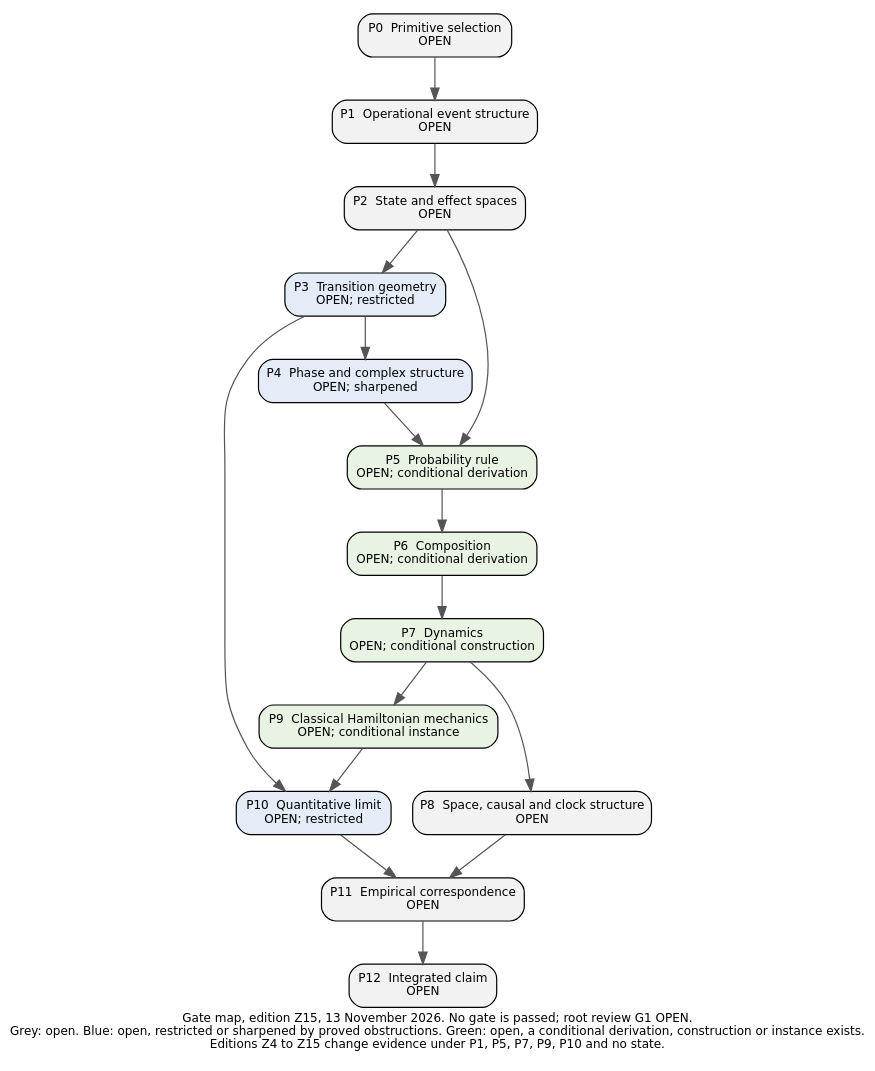
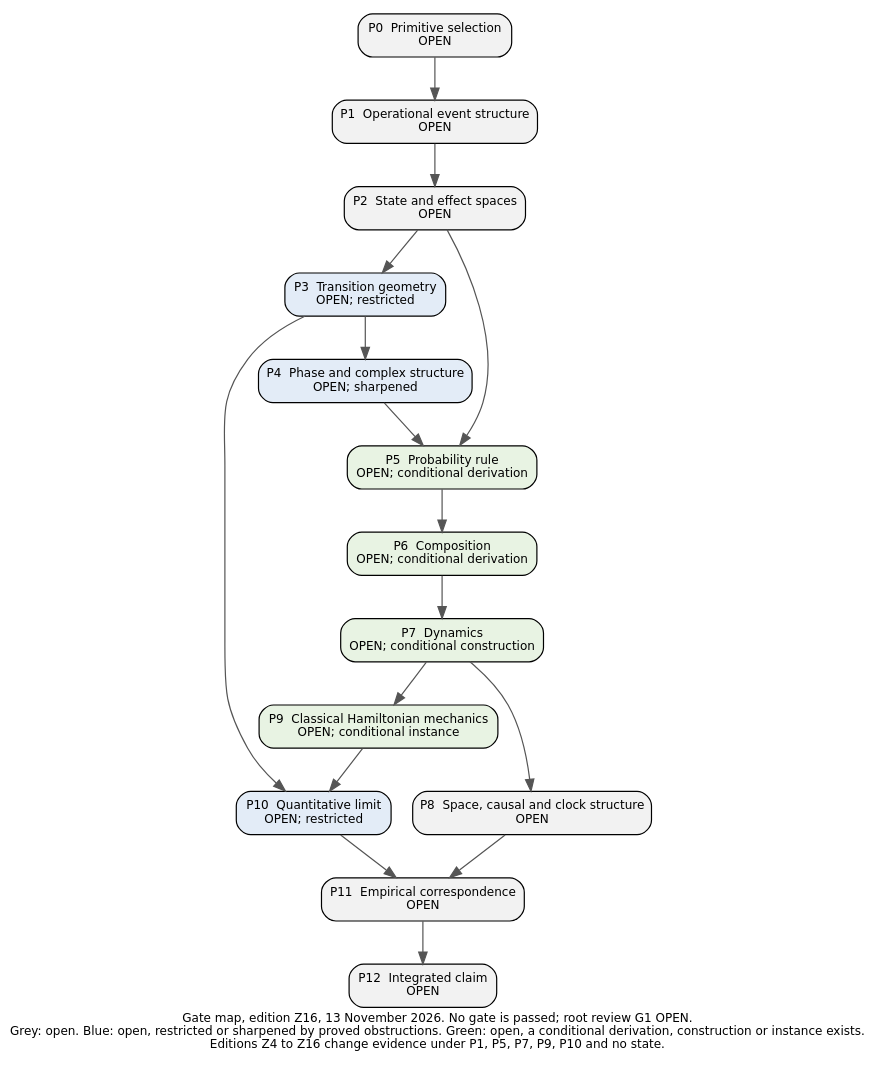
Before and after one commit to KirtusJ/From-Prephysical-Hypotheses-to-Physical-Models: the diagram in edition/PROGRAM/figures/Gate_Map_2026-11-13.dot, drawn with Graphviz. The commit also changed 57 other files, not shown here.

```diff
--- a/edition/PROGRAM/figures/Gate_Map_2026-11-13.dot
+++ b/edition/PROGRAM/figures/Gate_Map_2026-11-13.dot
@@ -1,30 +1,30 @@
-digraph G { rankdir=TB; node [shape=box, style="filled,rounded", fontname="DejaVu Sans", fontsize=10, margin="0.12,0.07"]; edge [color="#555555"]; label="Gate map, edition Z15, 13 November 2026. No gate is passed; root review G1 OPEN.\nGrey: open. Blue: open, restricted or sharpened by proved obstructions. Green: open, a conditional derivation, construction or instance exists.\nEditions Z4 to Z15 change evidence under P1, P5, P7, P9, P10 and no state."; fontname="DejaVu Sans"; fontsize=10; labelloc=b;
+digraph G { rankdir=TB; node [shape=box, style="filled,rounded", fontname="DejaVu Sans", fontsize=10, margin="0.12,0.07"]; edge [color="#555555"]; label="Gate map, edition Z16, 13 November 2026. No gate is passed; root review G1 OPEN.\nGrey: open. Blue: open, restricted or sharpened by proved obstructions. Green: open, a conditional derivation, construction or instance exists.\nEditions Z4 to Z16 change evidence under P1, P5, P7, P9, P10 and no state."; fontname="DejaVu Sans"; fontsize=10; labelloc=b;
 P0 [label="P0  Primitive selection\nOPEN", fillcolor="#f2f2f2"];
 P1 [label="P1  Operational event structure\nOPEN", fillcolor="#f2f2f2"];
 P2 [label="P2  State and effect spaces\nOPEN", fillcolor="#f2f2f2"];
 P3 [label="P3  Transition geometry\nOPEN; restricted", fillcolor="#e3ecf7"];
 P4 [label="P4  Phase and complex structure\nOPEN; sharpened", fillcolor="#e3ecf7"];
 P5 [label="P5  Probability rule\nOPEN; conditional derivation", fillcolor="#e8f3e3"];
 P6 [label="P6  Composition\nOPEN; conditional derivation", fillcolor="#e8f3e3"];
 P7 [label="P7  Dynamics\nOPEN; conditional construction", fillcolor="#e8f3e3"];
 P8 [label="P8  Space, causal and clock structure\nOPEN", fillcolor="#f2f2f2"];
 P9 [label="P9  Classical Hamiltonian mechanics\nOPEN; conditional instance", fillcolor="#e8f3e3"];
 P10 [label="P10  Quantitative limit\nOPEN; restricted", fillcolor="#e3ecf7"];
 P11 [label="P11  Empirical correspondence\nOPEN", fillcolor="#f2f2f2"];
 P12 [label="P12  Integrated claim\nOPEN", fillcolor="#f2f2f2"];
 P0 -> P1;
 P1 -> P2;
 P2 -> P3;
 P3 -> P4;
 P2 -> P5;
 P4 -> P5;
 P5 -> P6;
 P6 -> P7;
 P7 -> P8;
 P7 -> P9;
 P3 -> P10;
 P9 -> P10;
 P8 -> P11;
 P10 -> P11;
 P11 -> P12;
 }
```
